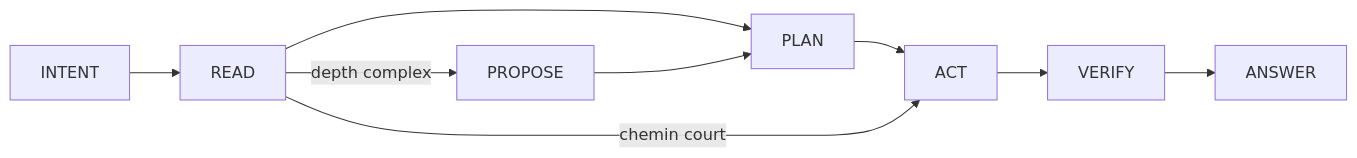
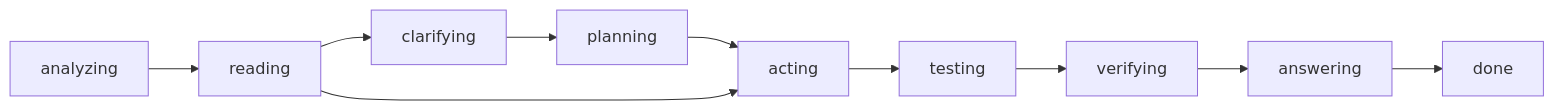
One commit to DroxKiwi/Drox---IDE changed the fourth of 5 diagrams in README.md. Above: the diagram before and after it, drawn with Mermaid. The commit also changed other lines of this file and 3509 other files, not shown here.

````diff
--- a/README.md
+++ b/README.md
@@ -205,11 +181,12 @@
 ```mermaid
 flowchart LR
-  I[INTENT] --> R[READ]
-  R -->|depth complex| P[PROPOSE]
-  R --> PL[PLAN]
-  P --> PL
-  PL --> A[ACT]
-  R -->|chemin court| A
-  A --> V[VERIFY]
-  V --> AN[ANSWER]
+  A[analyzing] --> R[reading]
+  R --> C[clarifying]
+  C --> P[planning]
+  P --> X[acting]
+  R --> X
+  X --> T[testing]
+  T --> V[verifying]
+  V --> AN[answering]
+  AN --> D[done]
 ```
````
